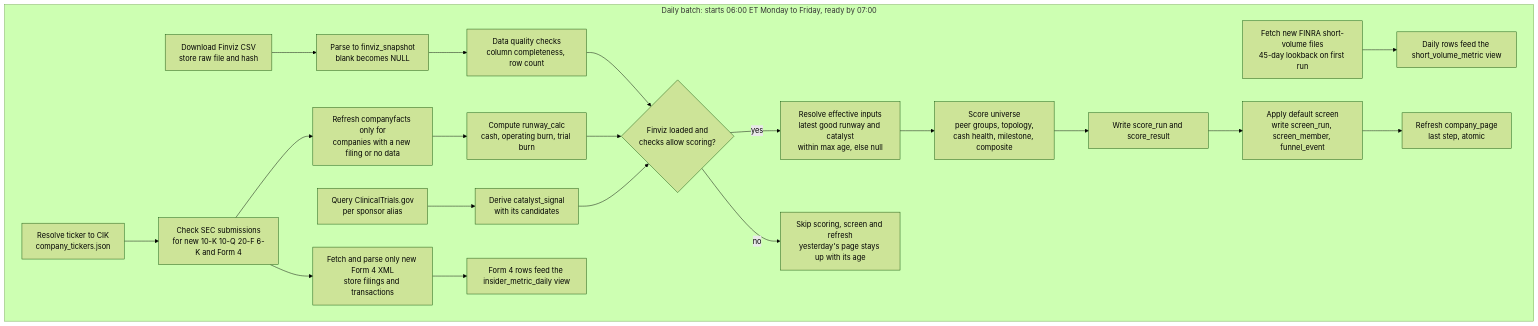
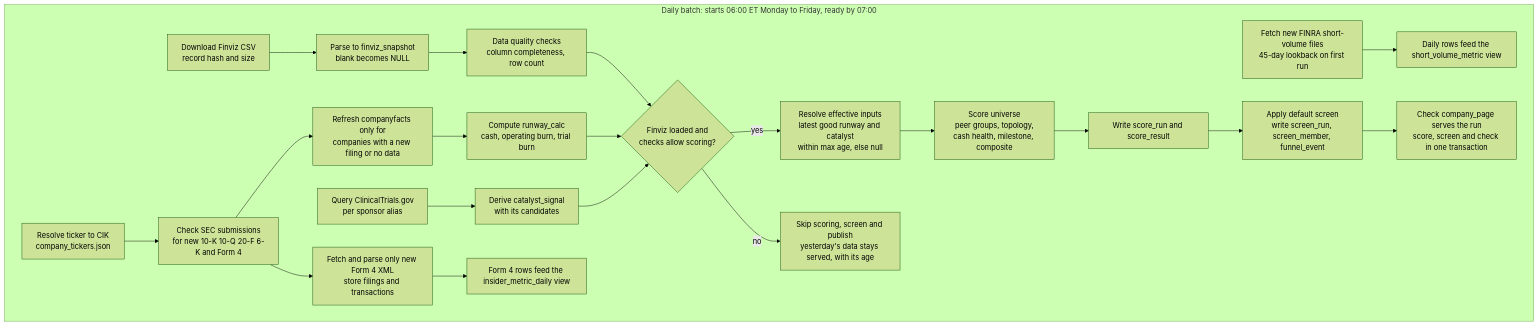
One commit to karenando11/bxnext-oxhouse changed the third of 9 diagrams in docs/architecture-and-data-model.md. Above: the diagram before and after it, drawn with Mermaid (forest theme). The commit also changed other lines of this file and 3 other files, not shown here.

````diff
--- a/docs/architecture-and-data-model.md
+++ b/docs/architecture-and-data-model.md
@@ -237,27 +239,27 @@
 ```mermaid
 flowchart TD
     subgraph BATCH[Daily batch: starts 06:00 ET Monday to Friday, ready by 07:00]
-        S1[Download Finviz CSV<br/>store raw file and hash] --> S2[Parse to finviz_snapshot<br/>blank becomes NULL]
+        S1[Download Finviz CSV<br/>record hash and size] --> S2[Parse to finviz_snapshot<br/>blank becomes NULL]
         S2 --> S3[Data quality checks<br/>column completeness, row count]
 
         C1[Resolve ticker to CIK<br/>company_tickers.json] --> C2[Check SEC submissions<br/>for new 10-K 10-Q 20-F 6-K and Form 4]
         C2 --> C3[Refresh companyfacts only for<br/>companies with a new filing or no data]
         C2 --> C4[Fetch and parse only new Form 4 XML<br/>store filings and transactions]
         C5[Fetch new FINRA short-volume files<br/>45-day lookback on first run]
         C6[Query ClinicalTrials.gov<br/>per sponsor alias]
         C3 --> C7[Compute runway_calc<br/>cash, operating burn, trial burn]
         C6 --> C8[Derive catalyst_signal<br/>with its candidates]
         C4 --> C9[Form 4 rows feed the insider_metric_daily view]
         C5 --> C10[Daily rows feed the short_volume_metric view]
 
         S3 --> G{Finviz loaded and<br/>checks allow scoring?}
         C7 --> G
         C8 --> G
         G -- yes --> R1[Resolve effective inputs<br/>latest good runway and catalyst<br/>within max age, else null]
         R1 --> R2[Score universe<br/>peer groups, topology,<br/>cash health, milestone, composite]
         R2 --> R3[Write score_run and score_result]
         R3 --> R4[Apply default screen<br/>write screen_run, screen_member, funnel_event]
-        R4 --> R5[Refresh company_page<br/>last step, atomic]
-        G -- no --> K[Skip scoring, screen and refresh<br/>yesterday's page stays up with its age]
+        R4 --> R5[Check company_page serves the run<br/>score, screen and check in one transaction]
+        G -- no --> K[Skip scoring, screen and publish<br/>yesterday's data stays served, with its age]
     end
 ```
````
